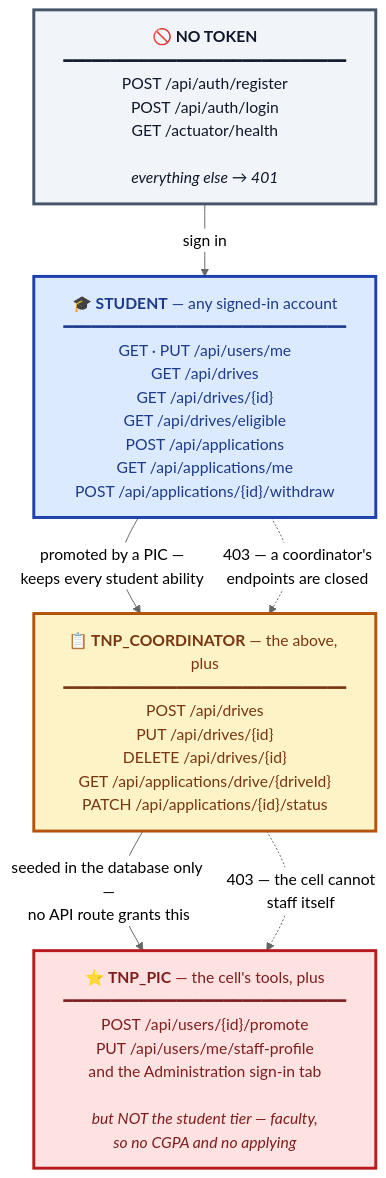
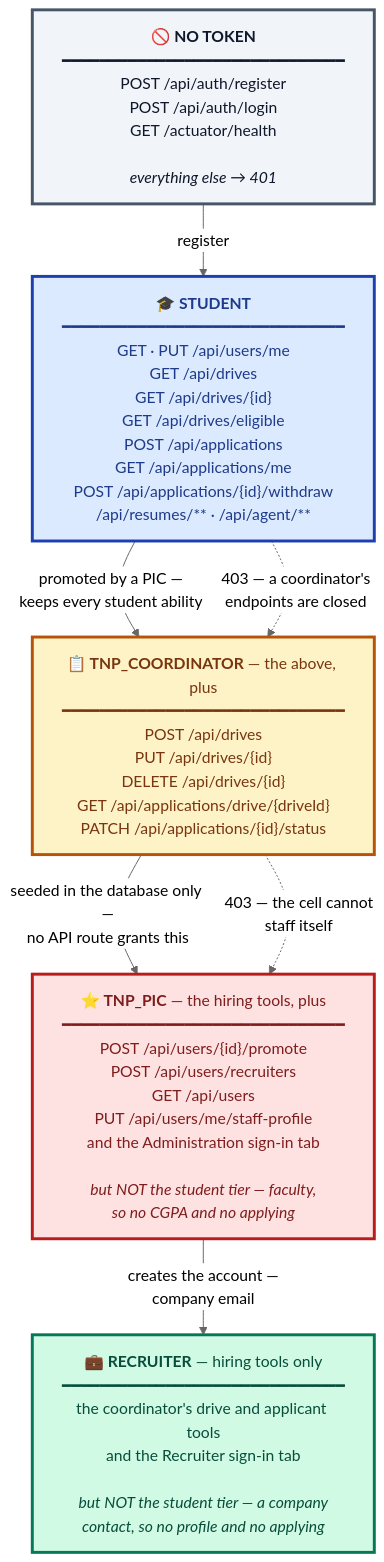
One commit to RishitheB0T/placement-prep changed the third of 5 diagrams in README.md. Above: the diagram before and after it, drawn with Mermaid (neutral theme). The commit also changed other lines of this file and 26 other files, not shown here.

First line of the commit message:
add a recruiter role for company hiring contacts

````diff
--- a/README.md
+++ b/README.md
@@ -196,27 +196,32 @@
 ```mermaid
 flowchart TD
     T0["<b>🚫 NO TOKEN</b><br/>━━━━━━━━━━━━━━━━━━━━━━━━━━━━━━<br/>POST /api/auth/register<br/>POST /api/auth/login<br/>GET /actuator/health<br/><br/><i>everything else → 401</i>"]
 
-    T1["<b>🎓 STUDENT</b> — any signed-in account<br/>━━━━━━━━━━━━━━━━━━━━━━━━━━━━━━<br/>GET · PUT /api/users/me<br/>GET /api/drives<br/>GET /api/drives/{id}<br/>GET /api/drives/eligible<br/>POST /api/applications<br/>GET /api/applications/me<br/>POST /api/applications/{id}/withdraw"]
+    T1["<b>🎓 STUDENT</b><br/>━━━━━━━━━━━━━━━━━━━━━━━━━━━━━━<br/>GET · PUT /api/users/me<br/>GET /api/drives<br/>GET /api/drives/{id}<br/>GET /api/drives/eligible<br/>POST /api/applications<br/>GET /api/applications/me<br/>POST /api/applications/{id}/withdraw<br/>/api/resumes/** · /api/agent/**"]
 
     T2["<b>📋 TNP_COORDINATOR</b> — the above, plus<br/>━━━━━━━━━━━━━━━━━━━━━━━━━━━━━━<br/>POST /api/drives<br/>PUT /api/drives/{id}<br/>DELETE /api/drives/{id}<br/>GET /api/applications/drive/{driveId}<br/>PATCH /api/applications/{id}/status"]
 
-    T3["<b>⭐ TNP_PIC</b> — the cell's tools, plus<br/>━━━━━━━━━━━━━━━━━━━━━━━━━━━━━━<br/>POST /api/users/{id}/promote<br/>PUT /api/users/me/staff-profile<br/>and the Administration sign-in tab<br/><br/><i>but NOT the student tier — faculty,<br/>so no CGPA and no applying</i>"]
+    TR["<b>💼 RECRUITER</b> — hiring tools only<br/>━━━━━━━━━━━━━━━━━━━━━━━━━━━━━━<br/>the coordinator's drive and applicant tools<br/>and the Recruiter sign-in tab<br/><br/><i>but NOT the student tier — a company<br/>contact, so no profile and no applying</i>"]
 
-    T0 -->|"sign in"| T1
+    T3["<b>⭐ TNP_PIC</b> — the hiring tools, plus<br/>━━━━━━━━━━━━━━━━━━━━━━━━━━━━━━<br/>POST /api/users/{id}/promote<br/>POST /api/users/recruiters<br/>GET /api/users<br/>PUT /api/users/me/staff-profile<br/>and the Administration sign-in tab<br/><br/><i>but NOT the student tier — faculty,<br/>so no CGPA and no applying</i>"]
+
+    T0 -->|"register"| T1
     T1 -->|"promoted by a PIC —<br/>keeps every student ability"| T2
+    T3 -->|"creates the account —<br/>company email"| TR
     T2 -->|"seeded in the database only —<br/>no API route grants this"| T3
 
     T1 -.->|"403 — a coordinator's<br/>endpoints are closed"| T2
     T2 -.->|"403 — the cell cannot<br/>staff itself"| T3
 
     classDef anon fill:#f1f5f9,stroke:#475569,stroke-width:3px,color:#0f172a
     classDef stu fill:#dbeafe,stroke:#1e40af,stroke-width:3px,color:#1e3a8a
     classDef coord fill:#fef3c7,stroke:#b45309,stroke-width:3px,color:#78350f
+    classDef rec fill:#d1fae5,stroke:#047857,stroke-width:3px,color:#064e3b
     classDef pic fill:#fee2e2,stroke:#b91c1c,stroke-width:3px,color:#7f1d1d
 
     class T0 anon
     class T1 stu
     class T2 coord
+    class TR rec
     class T3 pic
 ```
````
